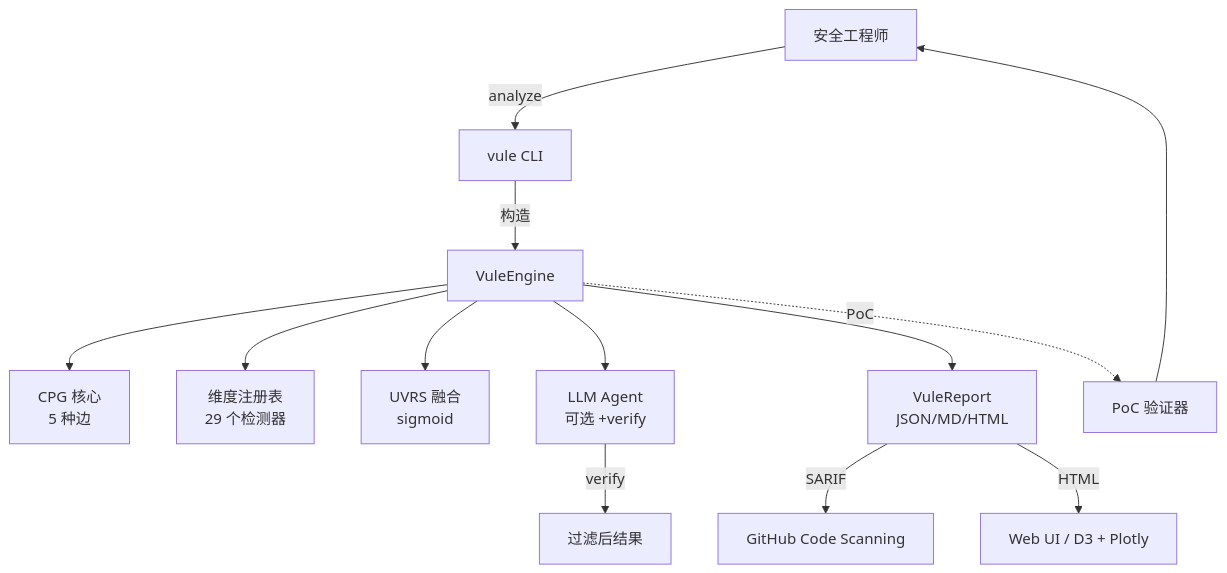
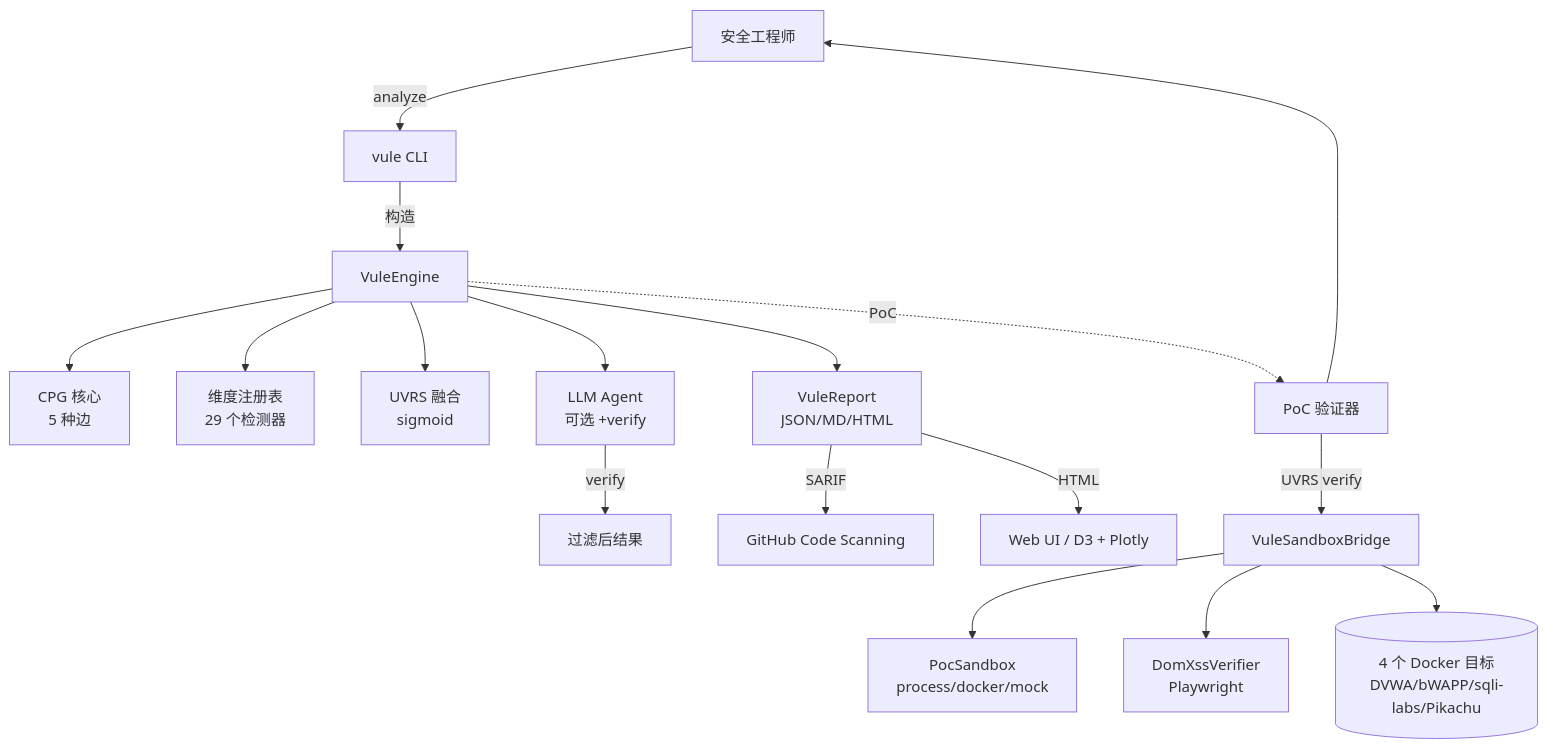
One commit to tombook/security-vule changed the diagram in README_CN.md. Above: the diagram before and after it, drawn with Mermaid. The commit also changed other lines of this file and 1 other file, not shown here.

````diff
--- a/README_CN.md
+++ b/README_CN.md
@@ -311,15 +348,19 @@
 ```mermaid
 graph TB
     User[安全工程师] -->|analyze| CLI[vule CLI]
     CLI -->|构造| Engine[VuleEngine]
     Engine --> CPG[CPG 核心<br/>5 种边]
     Engine --> Registry[维度注册表<br/>29 个检测器]
     Engine --> UVRS[UVRS 融合<br/>sigmoid]
     Engine --> LLM[LLM Agent<br/>可选 +verify]
     LLM -->|verify| Findings[过滤后结果]
     Engine --> Report[VuleReport<br/>JSON/MD/HTML]
     Report -->|SARIF| GH[GitHub Code Scanning]
     Report -->|HTML| Browser[Web UI / D3 + Plotly]
     Engine -.->|PoC| PoC[PoC 验证器]
+    PoC -->|UVRS verify| Bridge[VuleSandboxBridge]
+    Bridge --> Sandbox[PocSandbox<br/>process/docker/mock]
+    Bridge --> DomXSS[DomXssVerifier<br/>Playwright]
+    Bridge --> Targets[(4 个 Docker 目标<br/>DVWA/bWAPP/sqli-labs/Pikachu)]
     PoC --> User
 ```
````
